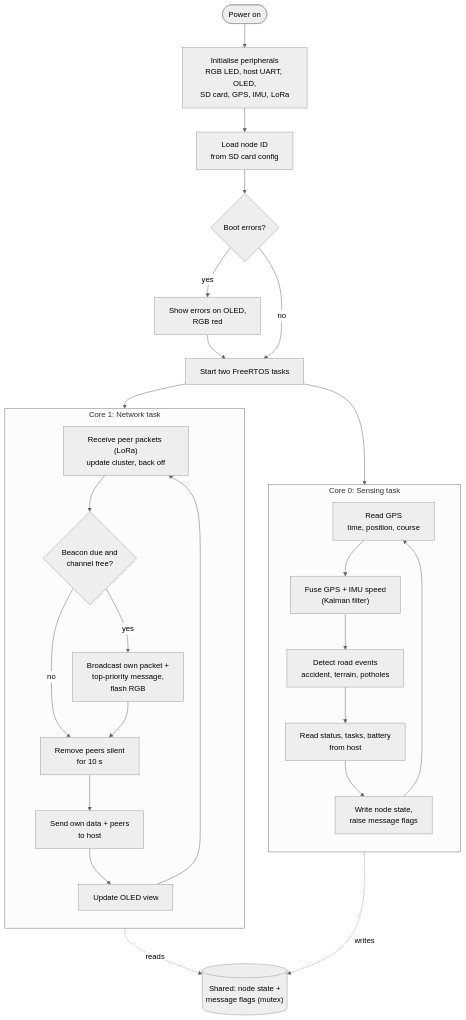
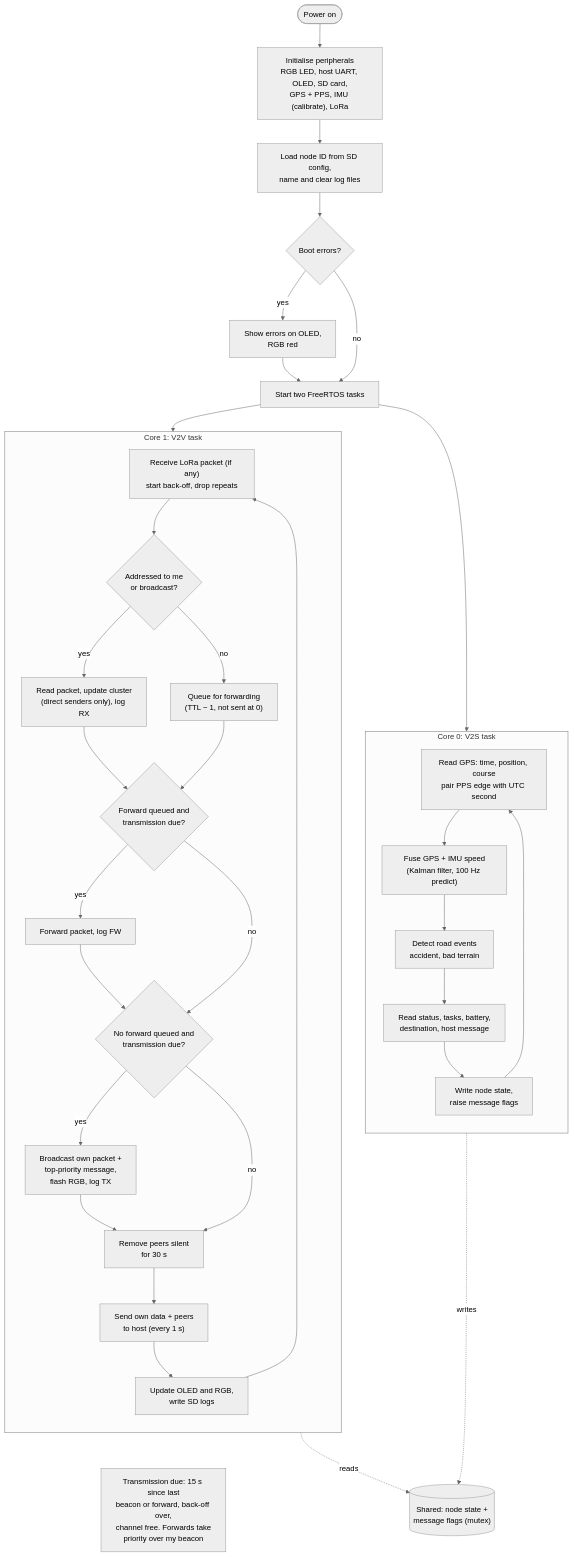
The ninth of 9 diagrams in firmware/docs/firmware-diagrams.md (Sharaav13/TUKZIE-V2X-VANET), drawn with Mermaid (neutral theme) before and after one commit. The commit also changed other lines of this file and 285 other files, not shown here.

````diff
--- a/firmware/docs/firmware-diagrams.md
+++ b/firmware/docs/firmware-diagrams.md
@@ -679,34 +708,41 @@
 ```mermaid
 flowchart TD
-    A([Power on]) --> B["Initialise peripherals<br/>RGB LED, host UART, OLED,<br/>SD card, GPS, IMU, LoRa"]
-    B --> C["Load node ID<br/>from SD card config"]
+    A([Power on]) --> B["Initialise peripherals<br/>RGB LED, host UART, OLED, SD card,<br/>GPS + PPS, IMU (calibrate), LoRa"]
+    B --> C["Load node ID from SD config,<br/>name and clear log files"]
     C --> D{"Boot errors?"}
     D -- yes --> E["Show errors on OLED,<br/>RGB red"] --> F
     D -- no --> F["Start two FreeRTOS tasks"]
     F --> S1
     F --> N1
 
-    subgraph CORE0["Core 0: Sensing task"]
+    subgraph CORE0["Core 0: V2S task"]
         direction TB
-        S1["Read GPS<br/>time, position, course"] --> S2["Fuse GPS + IMU speed<br/>(Kalman filter)"]
-        S2 --> S3["Detect road events<br/>accident, terrain, potholes"]
-        S3 --> S4["Read status, tasks, battery<br/>from host"]
+        S1["Read GPS: time, position, course<br/>pair PPS edge with UTC second"] --> S2["Fuse GPS + IMU speed<br/>(Kalman filter, 100 Hz predict)"]
+        S2 --> S3["Detect road events<br/>accident, bad terrain"]
+        S3 --> S4["Read status, tasks, battery,<br/>destination, host message"]
         S4 --> S5["Write node state,<br/>raise message flags"]
         S5 --> S1
     end
 
-    subgraph CORE1["Core 1: Network task"]
+    subgraph CORE1["Core 1: V2V task"]
         direction TB
-        N1["Receive peer packets (LoRa)<br/>update cluster, back off"] --> N2{"Beacon due and<br/>channel free?"}
-        N2 -- yes --> N3["Broadcast own packet +<br/>top-priority message,<br/>flash RGB"]
-        N2 -- no --> N4
-        N3 --> N4["Remove peers silent<br/>for 10 s"]
-        N4 --> N5["Send own data + peers<br/>to host"]
-        N5 --> N6["Update OLED view"]
-        N6 --> N1
+        N1["Receive LoRa packet (if any)<br/>start back-off, drop repeats"] --> N1a{"Addressed to me<br/>or broadcast?"}
+        N1a -- yes --> N1b["Read packet, update cluster<br/>(direct senders only), log RX"]
+        N1a -- no --> N1c["Queue for forwarding<br/>(TTL − 1, not sent at 0)"]
+        N1b --> N2
+        N1c --> N2{"Forward queued and<br/>transmission due?"}
+        N2 -- yes --> N3["Forward packet, log FW"] --> N4
+        N2 -- no --> N4{"No forward queued and<br/>transmission due?"}
+        N4 -- yes --> N5["Broadcast own packet +<br/>top-priority message,<br/>flash RGB, log TX"] --> N6
+        N4 -- no --> N6["Remove peers silent<br/>for 30 s"]
+        N6 --> N7["Send own data + peers<br/>to host (every 1 s)"]
+        N7 --> N8["Update OLED and RGB,<br/>write SD logs"]
+        N8 --> N1
     end
 
+    TD["Transmission due: 15 s since last<br/>beacon or forward, back-off over,<br/>channel free. Forwards take<br/>priority over my beacon"]
+    N4 ~~~ TD
     SH[("Shared: node state +<br/>message flags (mutex)")]
     CORE0 -. writes .-> SH
     CORE1 -. reads .-> SH
 ```
````
